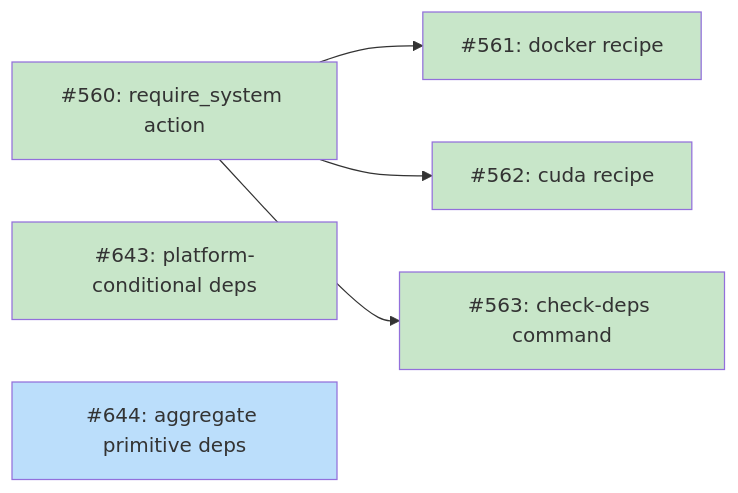
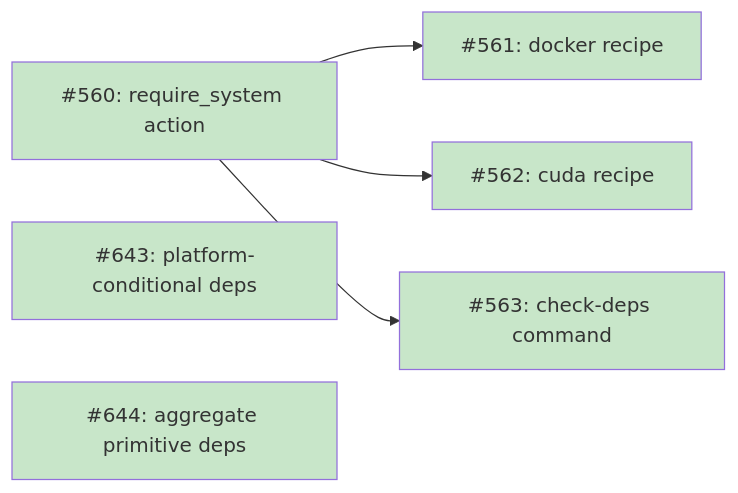
Before and after one commit to tsukumogami/tsuku: the fourth of 4 diagrams in docs/DESIGN-dependency-provisioning.md, drawn with Mermaid. The commit also changed other lines of this file and 2 other files, not shown here.

````diff
--- a/docs/DESIGN-dependency-provisioning.md
+++ b/docs/DESIGN-dependency-provisioning.md
@@ -136,20 +136,19 @@
 ```mermaid
 graph LR
     I560["#560: require_system action"]
     I561["#561: docker recipe"]
     I562["#562: cuda recipe"]
     I563["#563: check-deps command"]
     I643["#643: platform-conditional deps"]
     I644["#644: aggregate primitive deps"]
 
     I560 --> I561
     I560 --> I562
     I560 --> I563
 
     classDef done fill:#c8e6c9
     classDef ready fill:#bbdefb
     classDef blocked fill:#fff9c4
 
-    class I560,I561,I562,I563,I643 done
-    class I644 ready
+    class I560,I561,I562,I563,I643,I644 done
 ```
````
